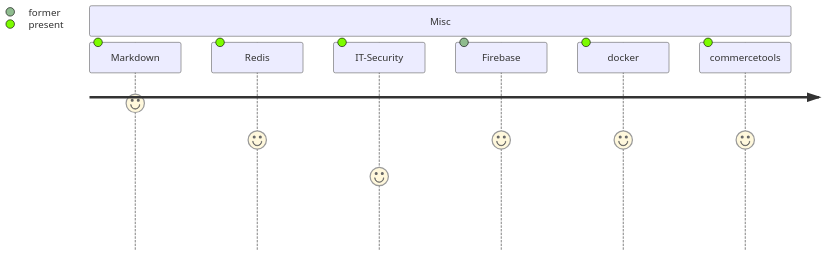
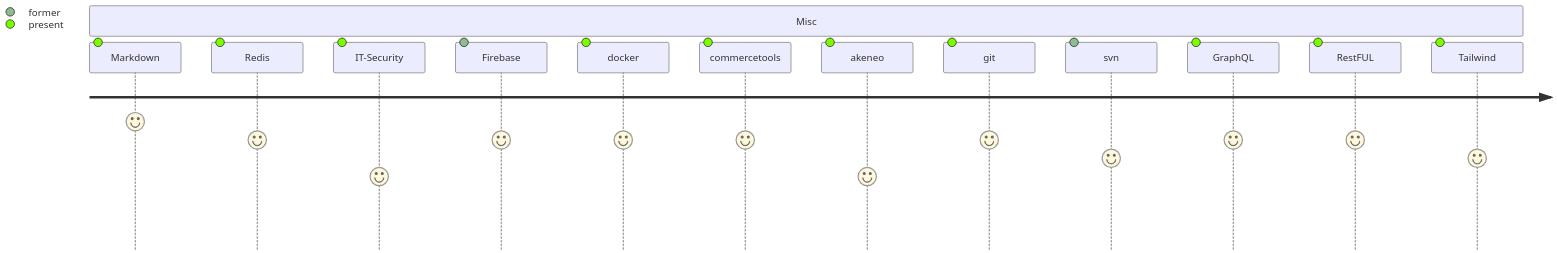
Before and after one commit to Lostbrokenkey/Lostbrokenkey: the third of 3 diagrams in README.md, drawn with Mermaid. The commit also changed other lines of this file, not shown here.

````diff
--- a/README.md
+++ b/README.md
@@ -57,11 +53,16 @@
 ```mermaid
 journey
     section Misc
-      Markdown: 8: present
+      Markdown: 7: present
       Redis: 6: present
       IT-Security: 4: present
       Firebase: 6: former
       docker: 6: present
       commercetools: 6: present
-
+      akeneo: 4: present
+      git: 6: present
+      svn: 5: former
+      GraphQL: 6: present
+      RestFUL: 6: present
+      Tailwind: 5: present
 ```
````
